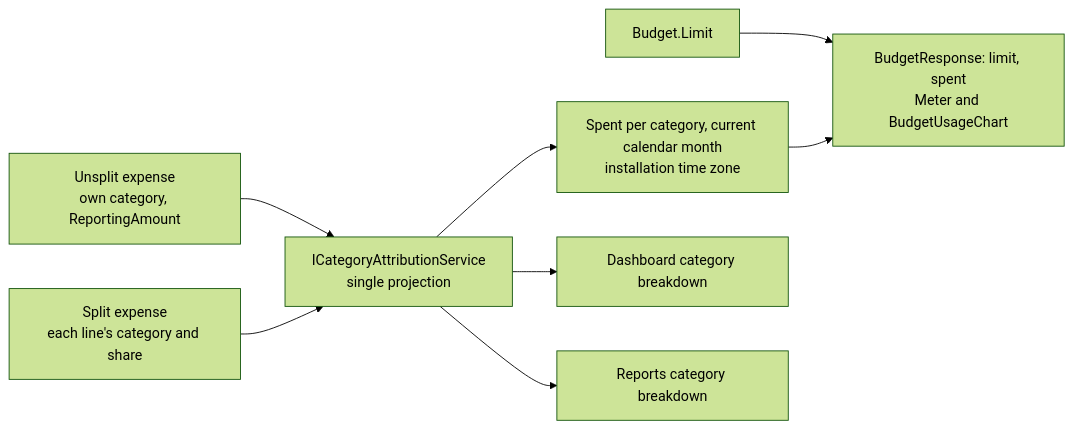
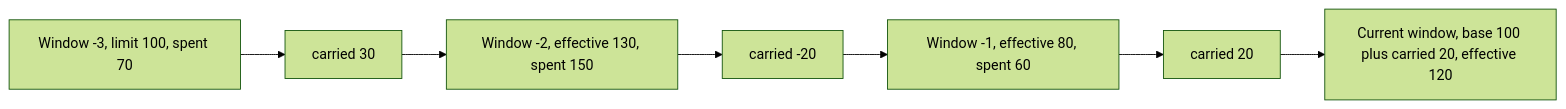
The second of 2 diagrams in docs/features/11. Budgets.md (Justxs/Jx-Finance), drawn with Mermaid (forest theme) before and after one commit. The commit also changed other lines of this file and 59 other files, not shown here.

````diff
--- a/docs/features/11. Budgets.md
+++ b/docs/features/11. Budgets.md
@@ -9,10 +44,9 @@
 ```mermaid
 flowchart LR
-    Unsplit["Unsplit expense<br/>own category, ReportingAmount"] --> Attr["ICategoryAttributionService<br/>single projection"]
-    Split["Split expense<br/>each line's category and share"] --> Attr
-    Attr --> Spent["Spent per category, current calendar month<br/>installation time zone"]
-    Limit["Budget.Limit"] --> Usage["BudgetResponse: limit, spent<br/>Meter and BudgetUsageChart"]
-    Spent --> Usage
-    Attr --> Dash["Dashboard category breakdown"]
-    Attr --> Rep["Reports category breakdown"]
+    W3["Window -3, limit 100, spent 70"] --> C2["carried 30"]
+    C2 --> W2["Window -2, effective 130, spent 150"]
+    W2 --> C1["carried -20"]
+    C1 --> W1["Window -1, effective 80, spent 60"]
+    W1 --> C0["carried 20"]
+    C0 --> Cur["Current window, base 100 plus carried 20, effective 120"]
 ```
````
